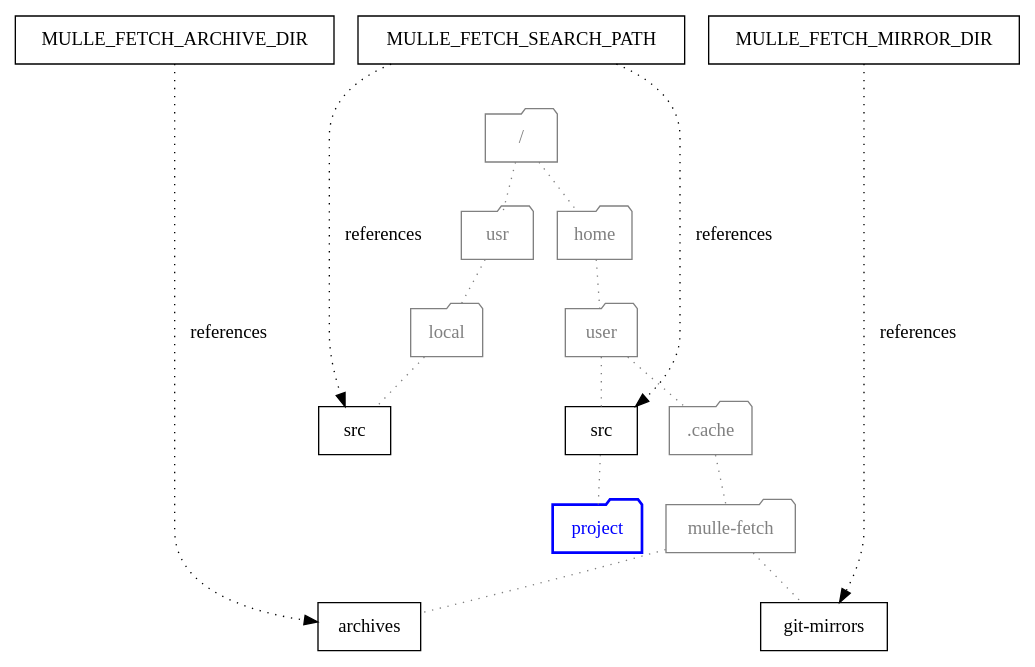
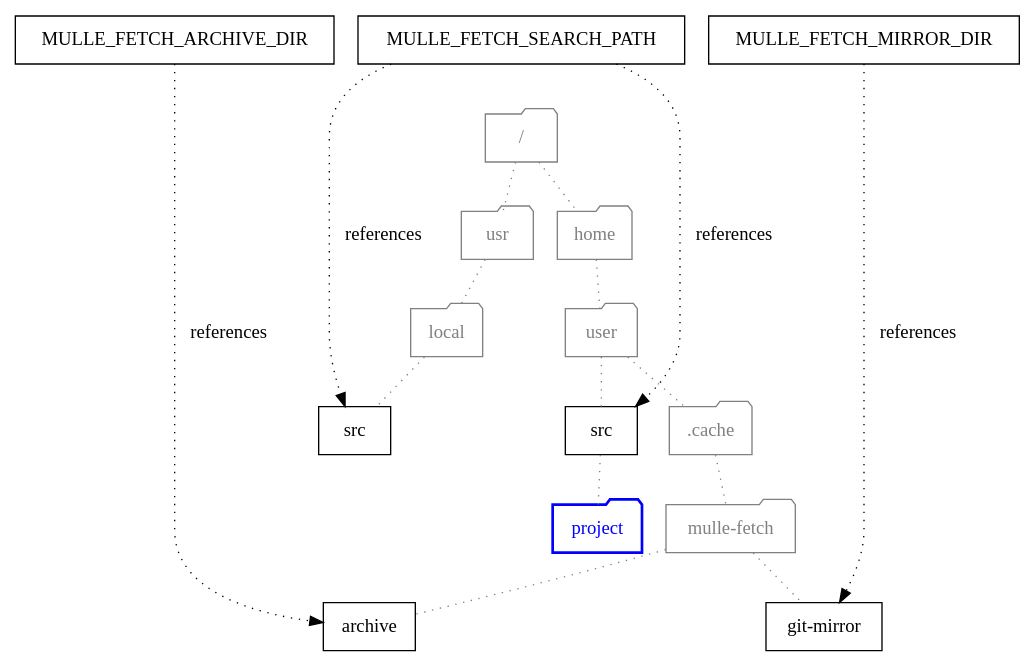
The diagram in dox/mulle-fetch-fs.dot (mulle-sde/mulle-fetch), drawn with Graphviz before and after one commit. The commit also changed 11 other files, not shown here.

```diff
--- a/dox/mulle-fetch-fs.dot
+++ b/dox/mulle-fetch-fs.dot
@@ -1,37 +1,37 @@
 digraph G {
     graph [rankdir = TD];
     edge[ label=" references", style="dotted" ]
 
     node[ shape="record"];
 
     { rank="same"; "MULLE_FETCH_SEARCH_PATH", "MULLE_FETCH_ARCHIVE_DIR", "MULLE_FETCH_MIRROR_DIR" }
 
     "MULLE_FETCH_SEARCH_PATH" -> "src"
     "MULLE_FETCH_SEARCH_PATH" -> "src2"
-    "MULLE_FETCH_ARCHIVE_DIR"   -> "archives"
-    "MULLE_FETCH_MIRROR_DIR" -> "git-mirrors"
+    "MULLE_FETCH_ARCHIVE_DIR"   -> "archive"
+    "MULLE_FETCH_MIRROR_DIR" -> "git-mirror"
 
 
     node[ shape="folder", color="gray", fontcolor="gray" ];
     edge[ arrowhead="none", color="gray", label="" ];
 
     "MULLE_FETCH_SEARCH_PATH" -> "/"  [ style="invis" ]
 
     "src2" [ label="src"]
 
     "project" [ color="blue", penwidth="2", fontcolor="blue" ]
     "user" -> ".cache"
     ".cache" -> "mulle-fetch"
-    "mulle-fetch" -> "archives"
-    "mulle-fetch" -> "git-mirrors"
+    "mulle-fetch" -> "archive"
+    "mulle-fetch" -> "git-mirror"
 
     "/" -> "usr"
     "usr" -> "local"
     "local" -> "src2"
 
     "/" -> "home"
     "home" -> "user"
     "user" -> "src"
     "src" -> "project"
 
 }
```
